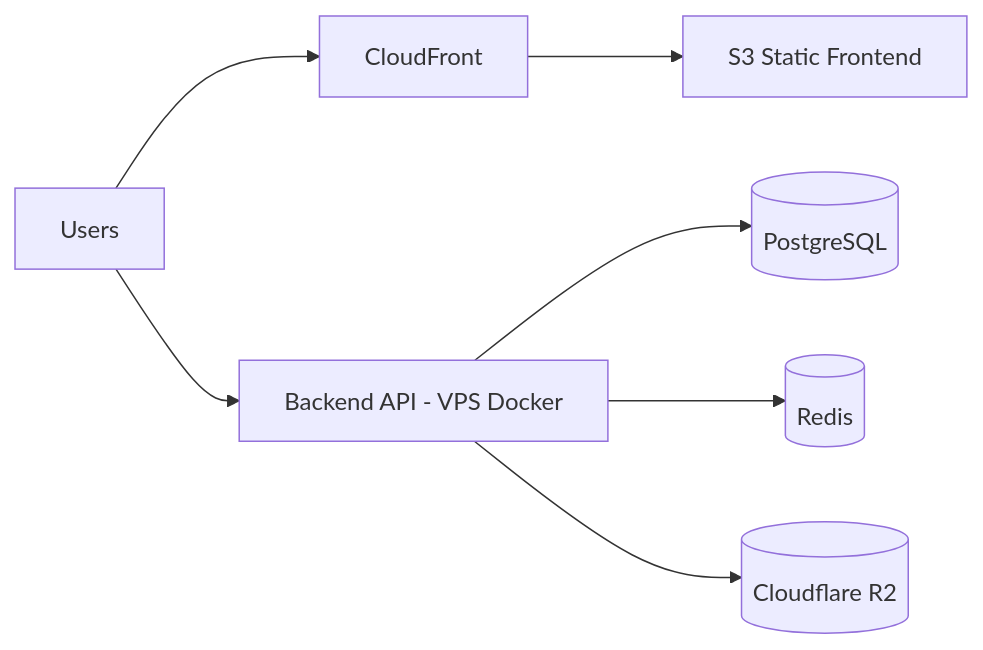
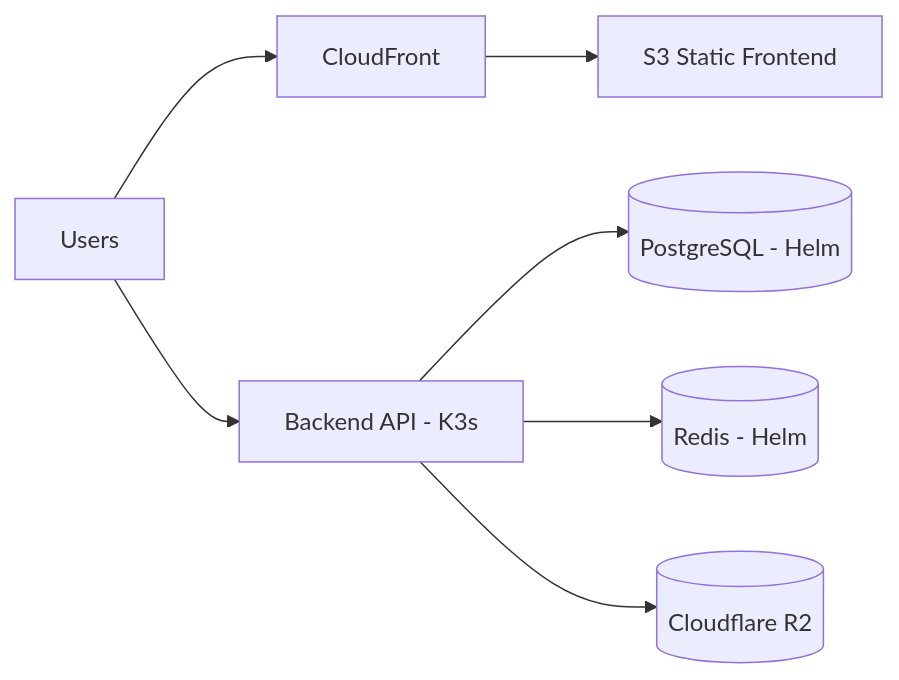
The diagram in .docs/architecture/001-technology-architecture.md (csim-sg/yacc), drawn with Mermaid before and after one commit. The commit also changed other lines of this file and 10 other files, not shown here.

````diff
--- a/.docs/architecture/001-technology-architecture.md
+++ b/.docs/architecture/001-technology-architecture.md
@@ -39,9 +44,9 @@
 ```mermaid
 flowchart LR
   U[Users] --> CF[CloudFront]
   CF --> S3[S3 Static Frontend]
-  U --> API[Backend API - VPS Docker]
-  API --> PG[(PostgreSQL)]
-  API --> R[(Redis)]
+  U --> API[Backend API - K3s]
+  API --> PG[(PostgreSQL - Helm)]
+  API --> R[(Redis - Helm)]
   API --> R2[(Cloudflare R2)]
 ```
````
